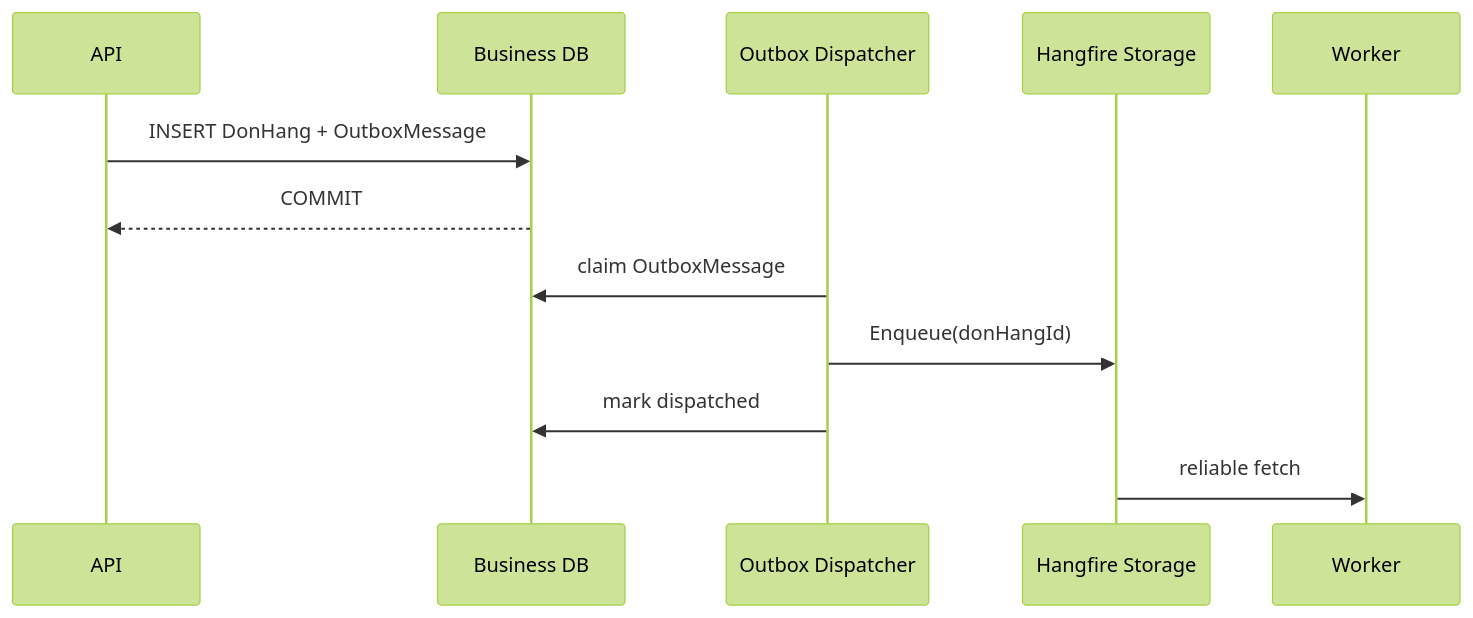
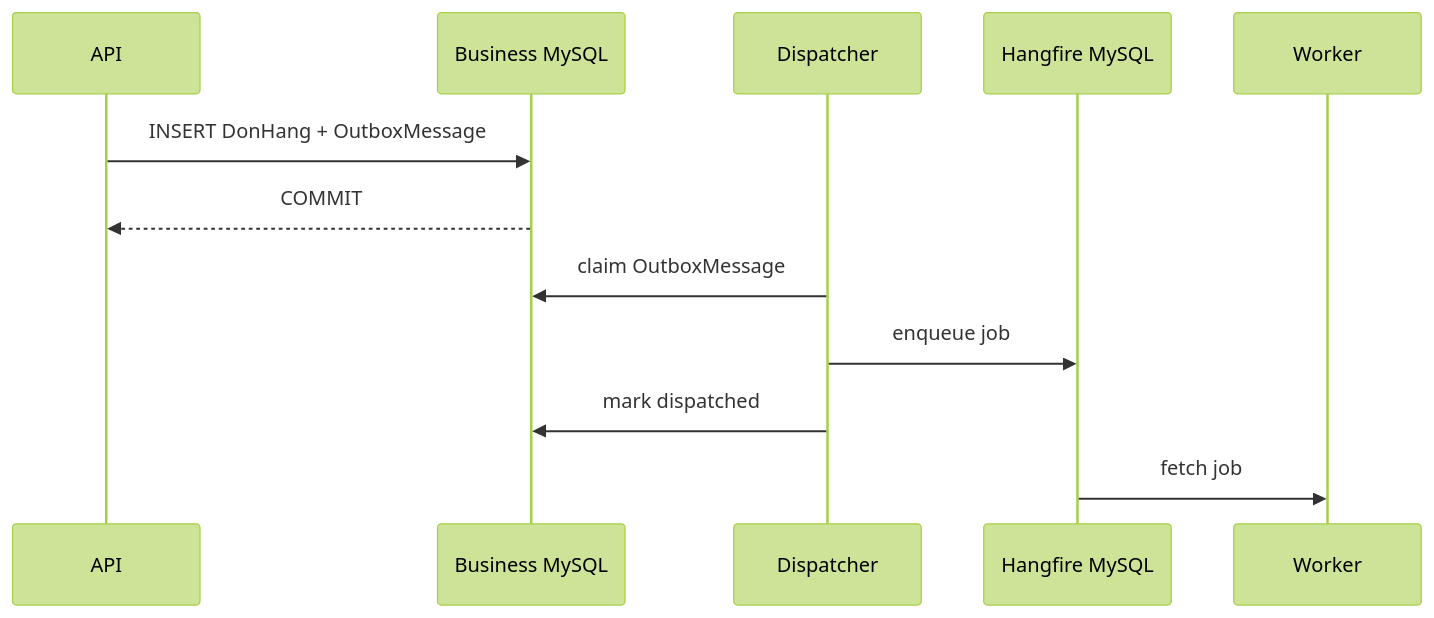
One commit to trungdev26/angular-internals changed the eighth of 10 diagrams in src/assets/docs/dotnet-core/hangfire.md. Above: the diagram before and after it, drawn with Mermaid (forest theme). The commit also changed other lines of this file, not shown here.

Commit message:
docs: rewrite Hangfire as technical chapter

````diff
--- a/src/assets/docs/dotnet-core/hangfire.md
+++ b/src/assets/docs/dotnet-core/hangfire.md
@@ -1475,15 +498,14 @@
 ```mermaid
 sequenceDiagram
     participant API
-    participant DB as Business DB
-    participant Dispatcher as Outbox Dispatcher
-    participant HF as Hangfire Storage
+    participant DB as Business MySQL
+    participant Dispatcher
+    participant HF as Hangfire MySQL
     participant Worker
-
     API->>DB: INSERT DonHang + OutboxMessage
     DB-->>API: COMMIT
     Dispatcher->>DB: claim OutboxMessage
-    Dispatcher->>HF: Enqueue(donHangId)
+    Dispatcher->>HF: enqueue job
     Dispatcher->>DB: mark dispatched
-    HF->>Worker: reliable fetch
+    HF->>Worker: fetch job
 ```
````
